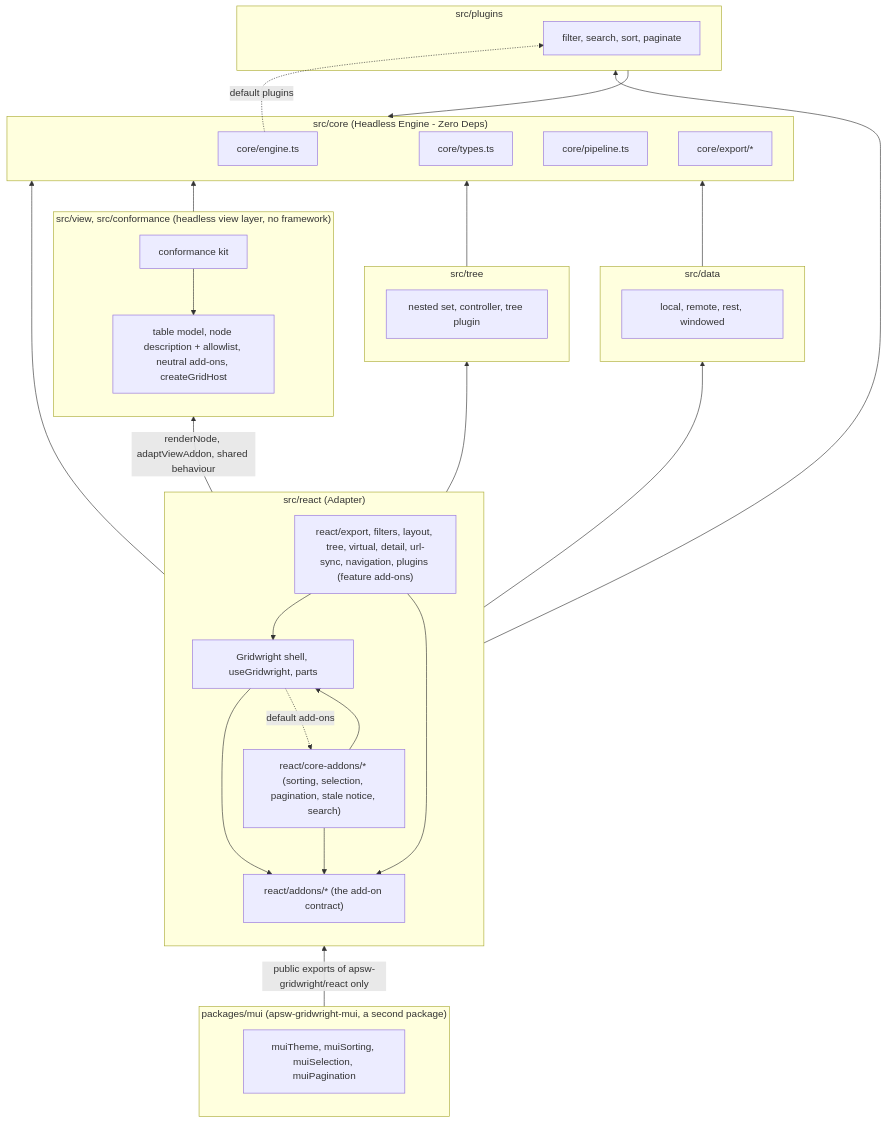
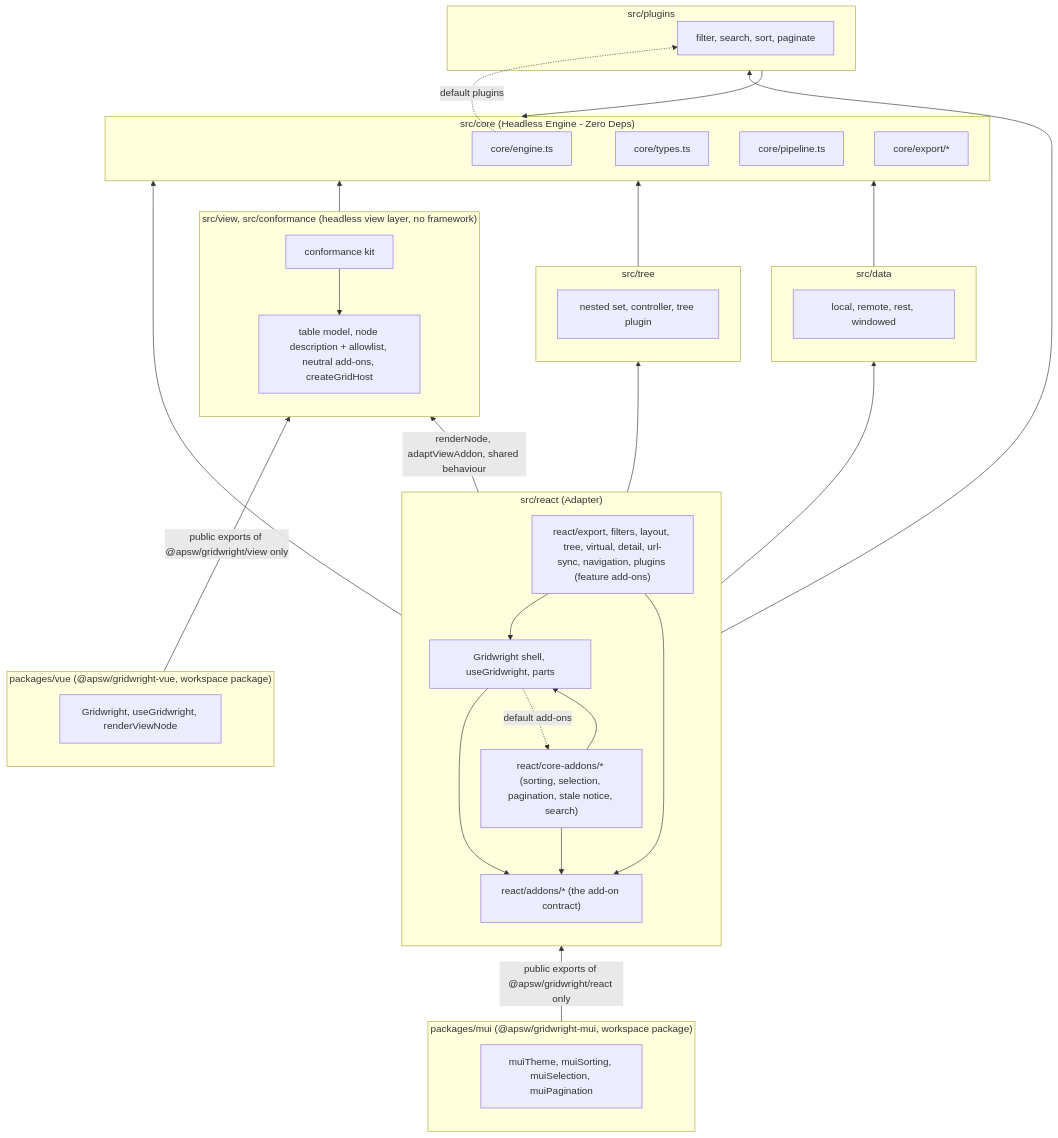
One commit to yaotzin1/apsw-gridwright changed the first of 3 diagrams in specs/DEPENDENCY_MAP.md. Above: the diagram before and after it, drawn with Mermaid. The commit also changed other lines of this file and 119 other files, not shown here.

First line of the commit message:
feat: migrate workspace to @apsw scope and add @apsw/gridwright-vue (#167)

````diff
--- a/specs/DEPENDENCY_MAP.md
+++ b/specs/DEPENDENCY_MAP.md
@@ -7,57 +7,62 @@
 ```mermaid
 graph BT
     subgraph ReactLayer["src/react (Adapter)"]
         Shell["Gridwright shell, useGridwright, parts"]
         Contract["react/addons/* (the add-on contract)"]
         CoreAddons["react/core-addons/* (sorting, selection, pagination, stale notice, search)"]
         FeatureAddons["react/export, filters, layout, tree, virtual, detail, url-sync, navigation, plugins (feature add-ons)"]
 
         Shell --> Contract
         Shell -. "default add-ons" .-> CoreAddons
         CoreAddons --> Contract
         FeatureAddons --> Contract
         CoreAddons --> Shell
         FeatureAddons --> Shell
     end
 
     subgraph ViewLayer["src/view, src/conformance (headless view layer, no framework)"]
         ViewModel["table model, node description + allowlist, neutral add-ons, createGridHost"]
         Kit["conformance kit"]
     end
 
     subgraph PluginsLayer["src/plugins"]
         BuiltinPlugins["filter, search, sort, paginate"]
     end
 
     subgraph TreeLayer["src/tree"]
         TreeCore["nested set, controller, tree plugin"]
     end
 
     subgraph DataLayer["src/data"]
         DataSources["local, remote, rest, windowed"]
     end
 
     subgraph CoreLayer["src/core (Headless Engine - Zero Deps)"]
         Engine["core/engine.ts"]
         CoreTypes["core/types.ts"]
         Pipeline["core/pipeline.ts"]
         CoreExport["core/export/*"]
     end
 
-    subgraph MuiPackage["packages/mui (apsw-gridwright-mui, a second package)"]
+    subgraph MuiPackage["packages/mui (@apsw/gridwright-mui, workspace package)"]
         MuiViews["muiTheme, muiSorting, muiSelection, muiPagination"]
     end
 
-    MuiPackage -- "public exports of apsw-gridwright/react only" --> ReactLayer
+    subgraph VuePackage["packages/vue (@apsw/gridwright-vue, workspace package)"]
+        VueAdapter["Gridwright, useGridwright, renderViewNode"]
+    end
+
+    MuiPackage -- "public exports of @apsw/gridwright/react only" --> ReactLayer
+    VuePackage -- "public exports of @apsw/gridwright/view only" --> ViewLayer
     ReactLayer --> CoreLayer
     ReactLayer -- "renderNode, adaptViewAddon, shared behaviour" --> ViewLayer
     ViewLayer --> CoreLayer
     Kit --> ViewModel
     PluginsLayer --> CoreLayer
     TreeLayer --> CoreLayer
     DataLayer --> CoreLayer
     ReactLayer --> PluginsLayer
     ReactLayer --> TreeLayer
     ReactLayer --> DataLayer
     Engine -. "default plugins" .-> BuiltinPlugins
 ```
````
